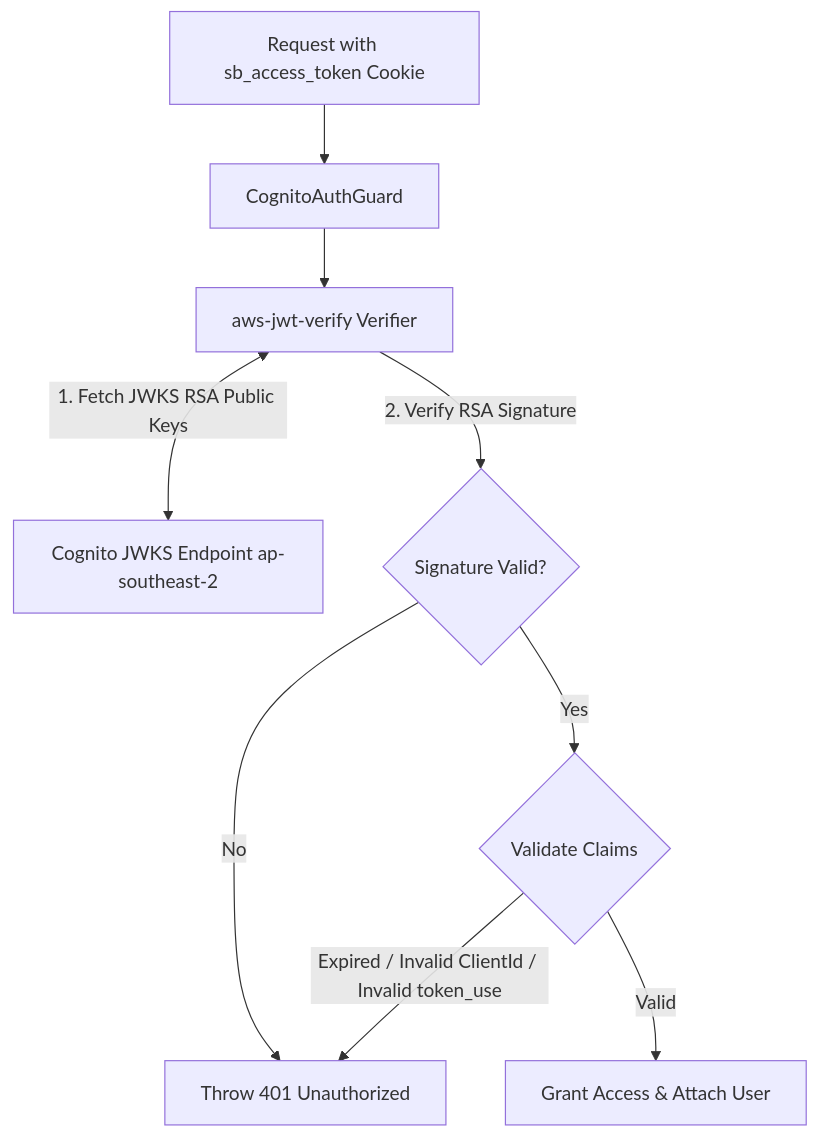
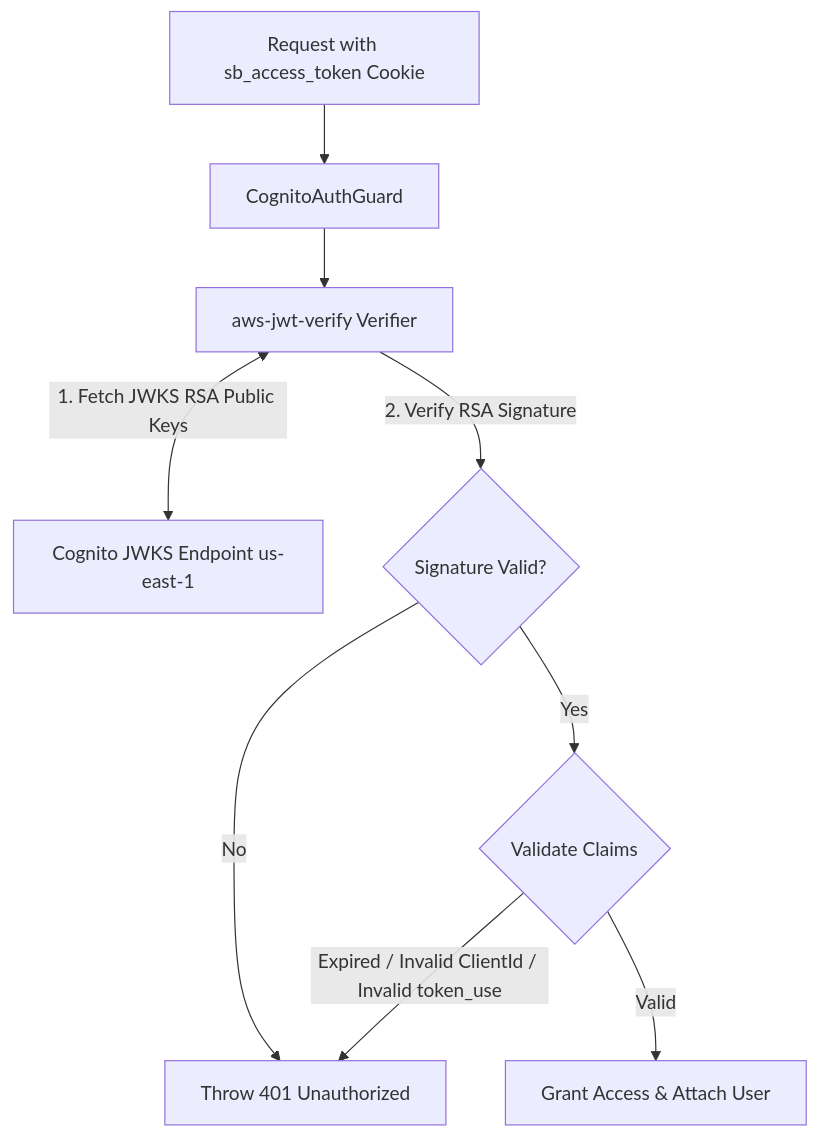
Before and after one commit to KelvinPhans/fcj-workshop: the diagram in content/3-BlogsPosted/3.2-Blog2/_index.md, drawn with Mermaid. The commit also changed other lines of this file and 65 other files, not shown here.

````diff
--- a/content/3-BlogsPosted/3.2-Blog2/_index.md
+++ b/content/3-BlogsPosted/3.2-Blog2/_index.md
@@ -86,11 +86,11 @@
 ```mermaid
 graph TD
     Request[Request with sb_access_token Cookie] --> Guard[CognitoAuthGuard]
     Guard --> Verifier[aws-jwt-verify Verifier]
-    Verifier <-->|1. Fetch JWKS RSA Public Keys| JWKS[Cognito JWKS Endpoint ap-southeast-2]
+    Verifier <-->|1. Fetch JWKS RSA Public Keys| JWKS[Cognito JWKS Endpoint us-east-1]
     Verifier -->|2. Verify RSA Signature| SigCheck{Signature Valid?}
     SigCheck -- No --> Reject[Throw 401 Unauthorized]
     SigCheck -- Yes --> ClaimsCheck{Validate Claims}
     ClaimsCheck -- Expired / Invalid ClientId / Invalid token_use --> Reject
     ClaimsCheck -- Valid --> Pass[Grant Access & Attach User]
 ```
````
